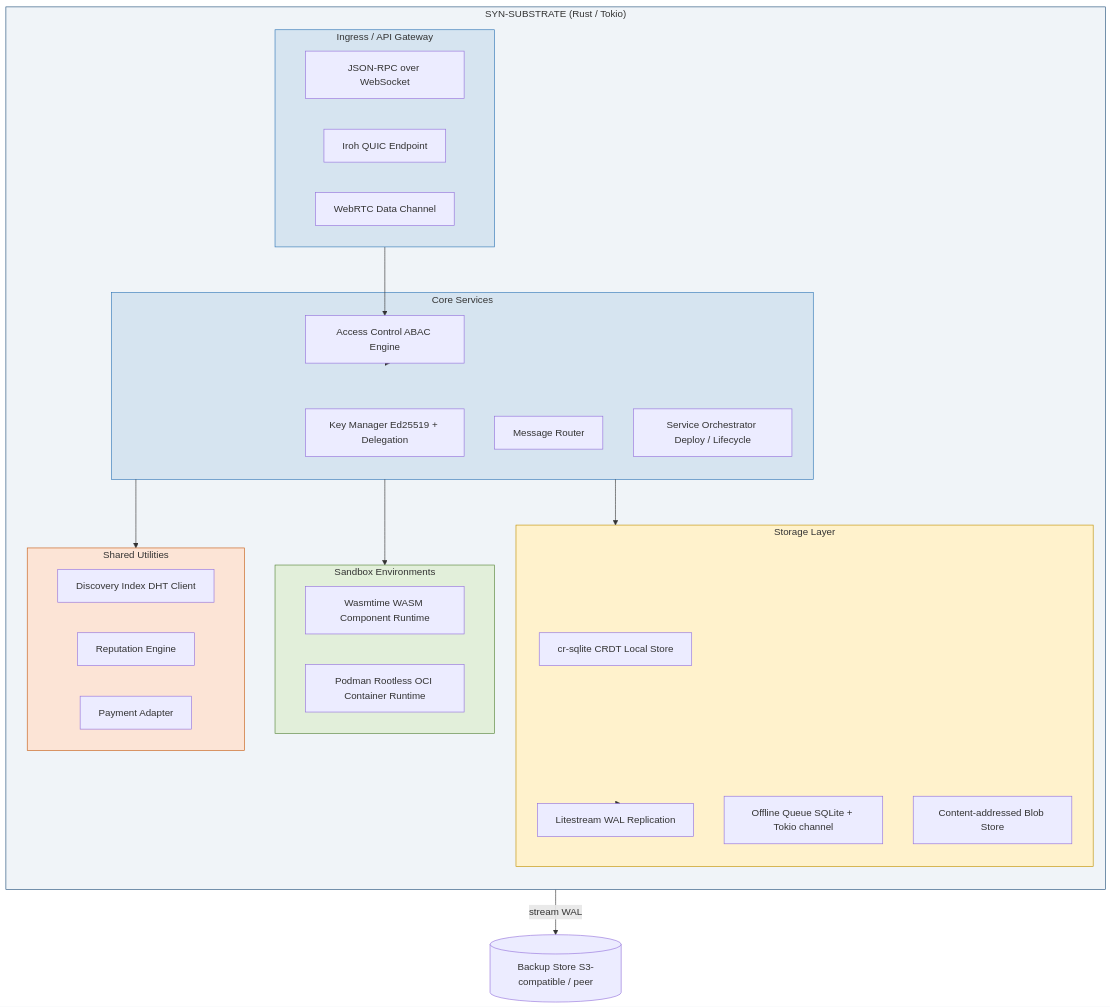
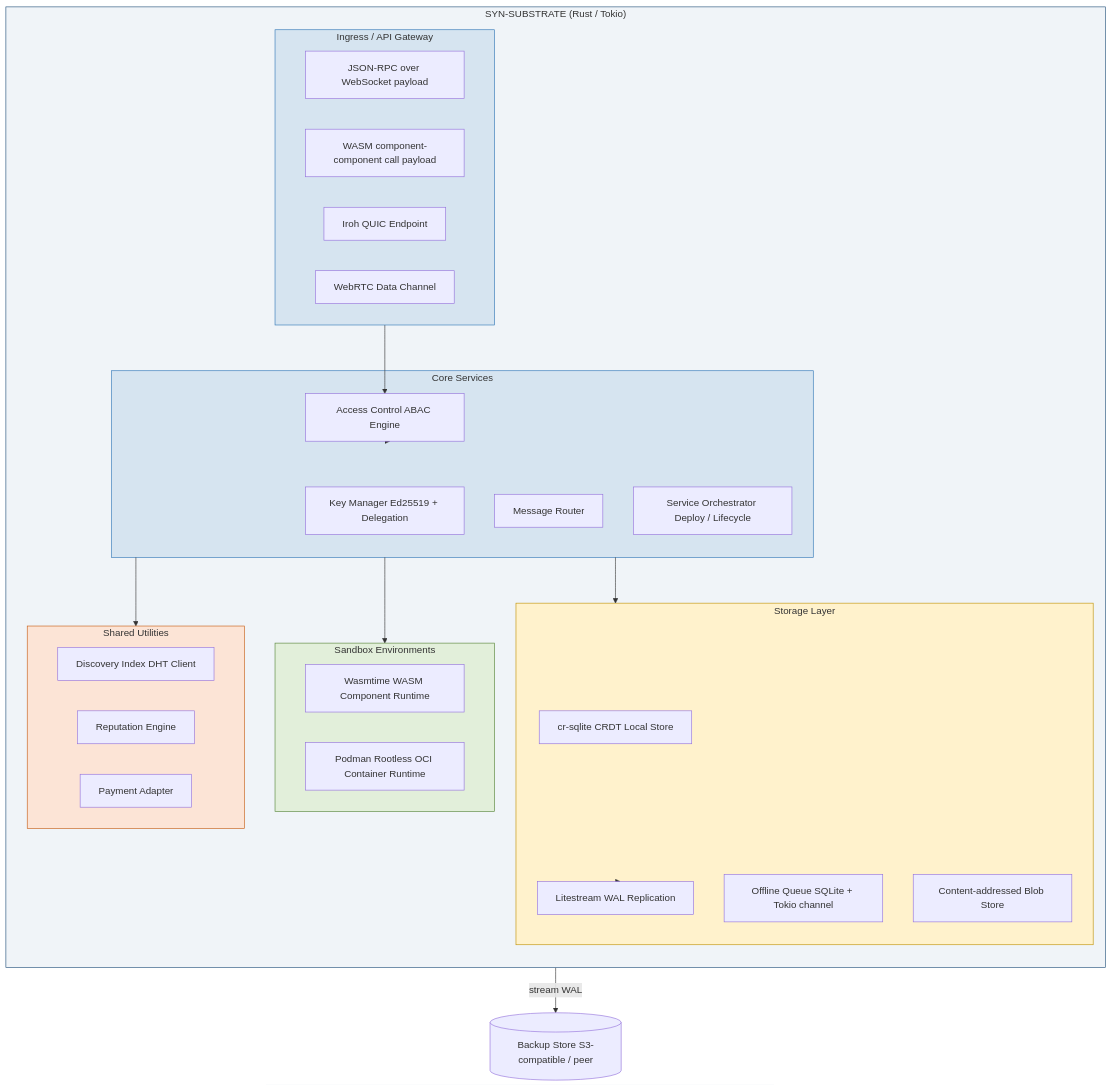
One commit to syneroym/syneroym changed the sixth of 21 diagrams in docs/architecture.md. Above: the diagram before and after it, drawn with Mermaid. The commit also changed other lines of this file, not shown here.

Commit message:
docs: payment defer and wRPC refs

````diff
--- a/docs/architecture.md
+++ b/docs/architecture.md
@@ -214,52 +214,53 @@
 ```mermaid
 flowchart TD
     subgraph SUBSTRATE["SYN-SUBSTRATE (Rust / Tokio)"]
         direction TB
         
         subgraph INGRESS["Ingress / API Gateway"]
-            WS[JSON-RPC over WebSocket]
+            WS[JSON-RPC over WebSocket payload]
+            wRPC[WASM component-component call payload]
             QUIC_EP[Iroh QUIC Endpoint]
             WRT[WebRTC Data Channel]
         end
 
         subgraph CORE["Core Services"]
             KM[Key Manager Ed25519 + Delegation]
             AC[Access Control ABAC Engine]
             MSG[Message Router]
             ORCH[Service Orchestrator Deploy / Lifecycle]
         end
 
         subgraph SANDBOX["Sandbox Environments"]
             WASM[Wasmtime WASM Component Runtime]
             OCI[Podman Rootless OCI Container Runtime]
         end
 
         subgraph STORAGE["Storage Layer"]
             CRSQL[cr-sqlite CRDT Local Store]
             QUEUE[Offline Queue SQLite + Tokio channel]
             BLOB[Content-addressed Blob Store]
             LS[Litestream WAL Replication]
         end
 
         subgraph UTIL["Shared Utilities"]
             DISC[Discovery Index DHT Client]
             REP[Reputation Engine]
             PAY[Payment Adapter]
         end
     end
 
     INGRESS --> AC
     AC --> CORE
     CORE --> SANDBOX
     CORE --> STORAGE
     CORE --> UTIL
     STORAGE --> LS
     LS -->|"stream WAL"| BACKUP[(Backup Store S3-compatible / peer)]
 
     style SUBSTRATE fill:#f0f4f8,stroke:#1F4E79
     style INGRESS fill:#D6E4F0,stroke:#2E75B6
     style CORE fill:#D6E4F0,stroke:#2E75B6
     style SANDBOX fill:#E2EFDA,stroke:#548235
     style STORAGE fill:#FFF2CC,stroke:#BF9000
     style UTIL fill:#FCE4D6,stroke:#C55A11
 ```
````
